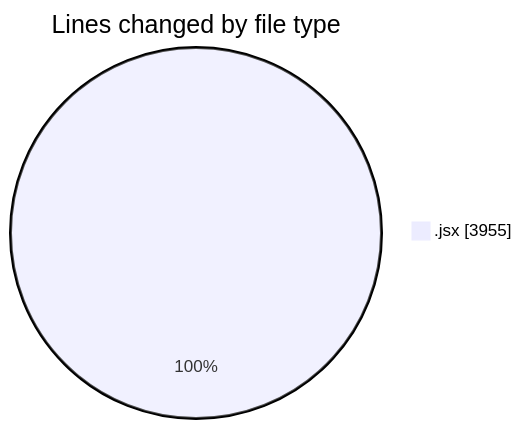
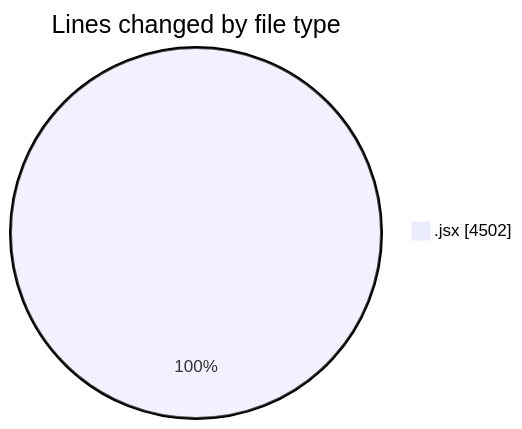
One commit to nxtqubesakshisongat/code-tracking changed the first of 2 diagrams in 2025-05-05/nxtqube_webapp/README.md. Above: the diagram before and after it, drawn with Mermaid. The commit also changed other lines of this file and 1 other file, not shown here.

````diff
--- a/2025-05-05/nxtqube_webapp/README.md
+++ b/2025-05-05/nxtqube_webapp/README.md
@@ -20,5 +20,5 @@
 ```mermaid
 pie showData
 title Lines changed by file type
-".jsx" : 3955
+".jsx" : 4502
 ```
````
